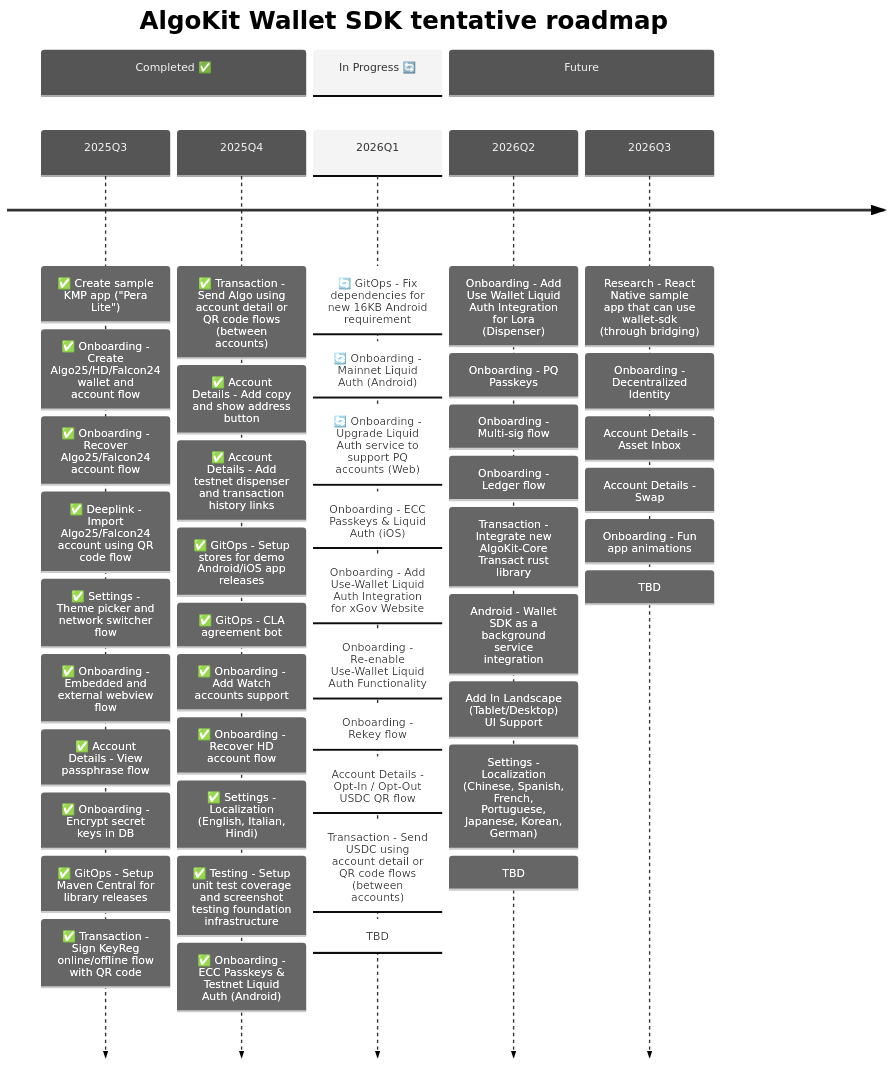
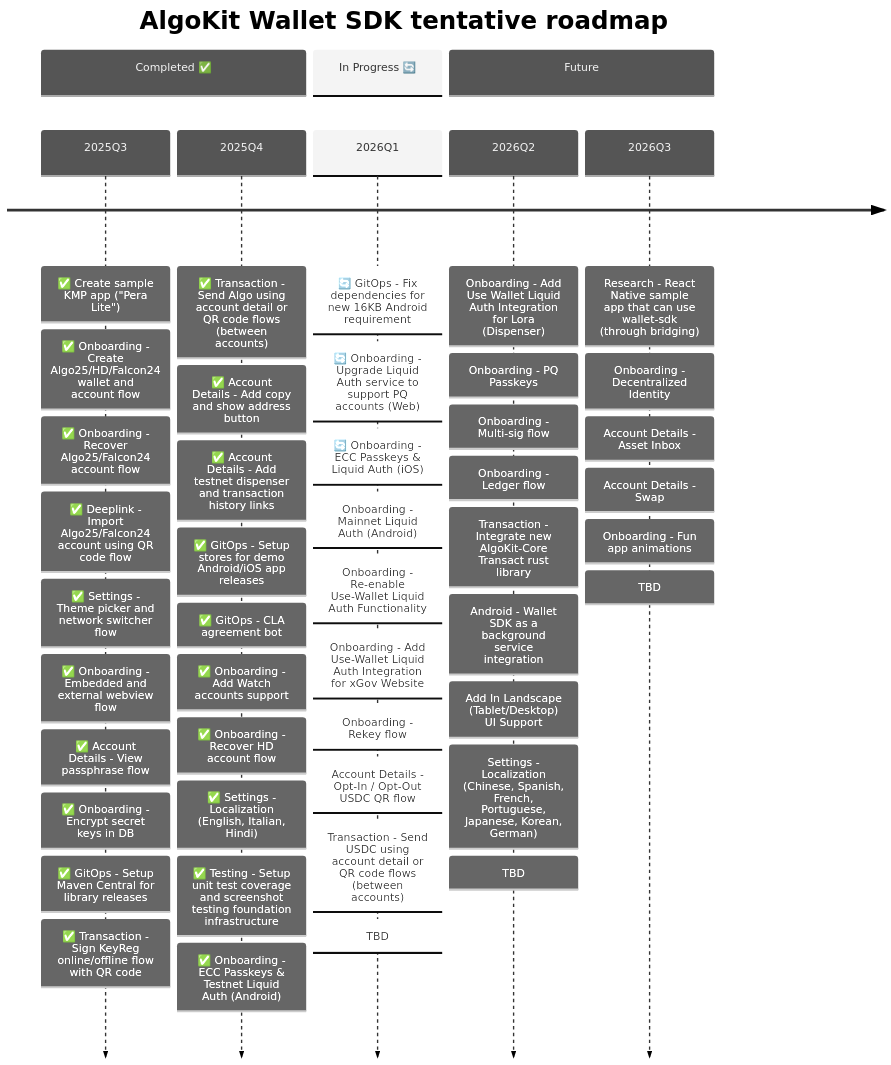
One commit to michaeltchuangllc/algokit-walletsdk-kmp changed the second of 3 diagrams in README.md. Above: the diagram before and after it, drawn with Mermaid. The commit also changed 51 other files, not shown here.

````diff
--- a/README.md
+++ b/README.md
@@ -67,62 +67,62 @@
 ```mermaid
 ---
 config:
   theme: 'neutral'
 ---
 timeline
     title AlgoKit Wallet SDK tentative roadmap
 
     section Completed ✅
     2025Q3  : ✅ Create sample KMP app ("Pera Lite")
             : ✅ Onboarding - Create Algo25/HD/Falcon24 wallet and account flow
             : ✅ Onboarding - Recover Algo25/Falcon24 account flow
             : ✅ Deeplink - Import Algo25/Falcon24 account using QR code flow
             : ✅ Settings - Theme picker and network switcher flow
             : ✅ Onboarding - Embedded and external webview flow
             : ✅ Account Details - View passphrase flow
             : ✅ Onboarding - Encrypt secret keys in DB
             : ✅ GitOps - Setup Maven Central for library releases
             : ✅ Transaction - Sign KeyReg online/offline flow with QR code
 
     2025Q4  : ✅ Transaction - Send Algo using account detail or QR code flows (between accounts)
             : ✅ Account Details - Add copy and show address button
             : ✅ Account Details - Add testnet dispenser and transaction history links
             : ✅ GitOps - Setup stores for demo Android/iOS app releases
             : ✅ GitOps - CLA agreement bot
             : ✅ Onboarding - Add Watch accounts support
             : ✅ Onboarding - Recover HD account flow
             : ✅ Settings - Localization (English, Italian, Hindi)
             : ✅ Testing - Setup unit test coverage and screenshot testing foundation infrastructure
             : ✅ Onboarding - ECC Passkeys & Testnet Liquid Auth (Android)
 
     section In Progress 🔄
     2026Q1  : 🔄 GitOps - Fix dependencies for new 16KB Android requirement
-            : 🔄 Onboarding - Mainnet Liquid Auth (Android)
             : 🔄 Onboarding - Upgrade Liquid Auth service to support PQ accounts (Web)
-            : Onboarding - ECC Passkeys & Liquid Auth (iOS)
+            : 🔄 Onboarding - ECC Passkeys & Liquid Auth (iOS)
+            : Onboarding - Mainnet Liquid Auth (Android)
+            : Onboarding - Re-enable Use-Wallet Liquid Auth Functionality
             : Onboarding - Add Use-Wallet Liquid Auth Integration for xGov Website
-            : Onboarding - Re-enable Use-Wallet Liquid Auth Functionality
             : Onboarding - Rekey flow
             : Account Details - Opt-In / Opt-Out USDC QR flow
             : Transaction - Send USDC using account detail or QR code flows (between accounts)
             : TBD
 
     section Future
     2026Q2   
             : Onboarding - Add Use Wallet Liquid Auth Integration for Lora (Dispenser)
             : Onboarding - PQ Passkeys
             : Onboarding - Multi-sig flow
             : Onboarding - Ledger flow
             : Transaction - Integrate new AlgoKit-Core Transact rust library
             : Android - Wallet SDK as a background service integration
             : Add In Landscape (Tablet/Desktop) UI Support
             : Settings - Localization (Chinese, Spanish, French, Portuguese, Japanese, Korean, German)
             : TBD
     2026Q3
             : Research - React Native sample app that can use wallet-sdk (through bridging)
             : Onboarding - Decentralized Identity
             : Account Details - Asset Inbox
             : Account Details - Swap
             : Onboarding - Fun app animations
             : TBD
 ```
````
